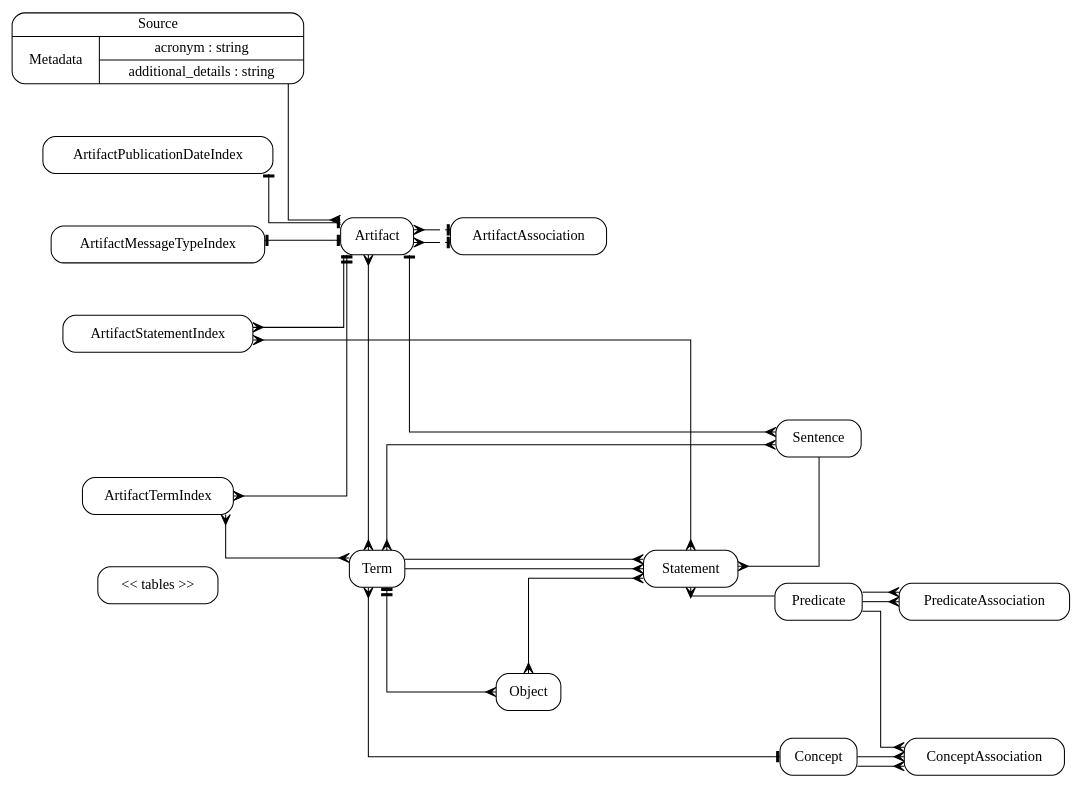
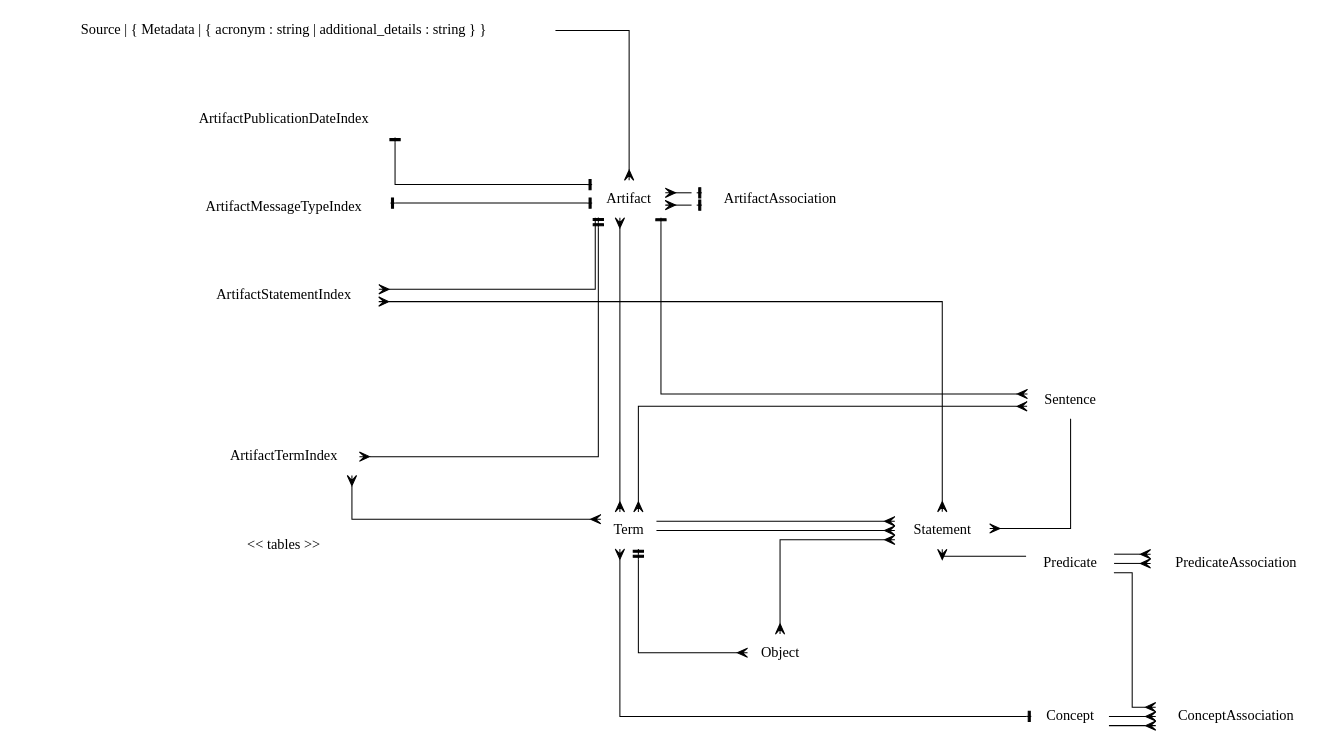
One commit to lumifyio/lumify-data changed the diagram in docs/template.gv. Above: the diagram before and after it, drawn with Graphviz. The commit also changed 3 other files, not shown here.

```diff
--- a/docs/template.gv
+++ b/docs/template.gv
@@ -1,47 +1,47 @@
 digraph models_diagram {
   graph [splines=ortho, nodesep=0.7]
-  node [shape=Mrecord]
+  node [shape=plaintext]
   rankdir = LR
 
   <<< tables >>>
 
   "Source" [label="Source | { Metadata | { acronym : string | additional_details : string } }"];
   "ArtifactAssociation"
   "Sentence"
   "ArtifactStatementIndex"
   "Concept"
   "Statement"
   "ConceptAssociation"
   "Term"
   "ArtifactTermIndex"
   "Predicate"
   "PredicateAssociation"
   "Object"
   "ArtifactPublicationDateIndex"
   "ArtifactMessageTypeIndex"
 
   "Term" -> "Statement" [arrowtail=none, arrowhead=crow, dir=both]
   "Term" -> "Statement" [arrowtail=none, arrowhead=crow, dir=both]
   "Term" -> "Object" [arrowtail=teetee, arrowhead=crow, dir=both]
   "Object" -> "Statement" [arrowtail=crow, arrowhead=crow, dir=both]
   "Statement" -> "Predicate" [arrowtail=crow, arrowhead=none, dir=both]
   "Statement" -> "Sentence" [arrowtail=crow, arrowhead=none, dir=both]
   "Predicate" -> "PredicateAssociation" [arrowtail=none, arrowhead=crow, dir=both]
   "Predicate" -> "PredicateAssociation" [arrowtail=none, arrowhead=crow, dir=both]
   "Predicate" -> "ConceptAssociation" [arrowtail=none, arrowhead=crow, dir=both]
   "Concept" -> "ConceptAssociation" [arrowtail=none, arrowhead=crow, dir=both]
   "Concept" -> "ConceptAssociation" [arrowtail=none, arrowhead=crow, dir=both]
   "ArtifactTermIndex" -> "Artifact" [arrowtail=crow, arrowhead=teetee, dir=both]
   "ArtifactTermIndex" -> "Term" [arrowtail=crow, arrowhead=crow, dir=both]
   { rank=same; "Artifact" -> "Term" [arrowtail=crow, arrowhead=crow, dir=both]}
   "Term" -> "Concept" [arrowtail=crow, arrowhead=tee, dir=both]
   "ArtifactStatementIndex" -> "Statement" [arrowtail=crow, arrowhead=crow, dir=both]
   "ArtifactStatementIndex" -> "Artifact" [arrowtail=crow, arrowhead=none, dir=both]
   "Sentence" -> "Term" [arrowtail=crow, arrowhead=crow, dir=both]
   "Artifact" -> "Sentence" [arrowtail=tee, arrowhead=crow, dir=both]
   "Artifact" -> "ArtifactAssociation" [arrowtail=tee, arrowhead=crow, dir=both]
   "Artifact" -> "ArtifactAssociation" [arrowtail=tee, arrowhead=crow, dir=both]
   "Source" -> "Artifact" [arrowtail=none, arrowhead=crow, dir=both]
   "ArtifactPublicationDateIndex" -> "Artifact" [arrowtail=tee, arrowhead=tee, dir=both]
   "ArtifactMessageTypeIndex" -> "Artifact" [arrowtail=tee, arrowhead=tee, dir=both]
 }
```
